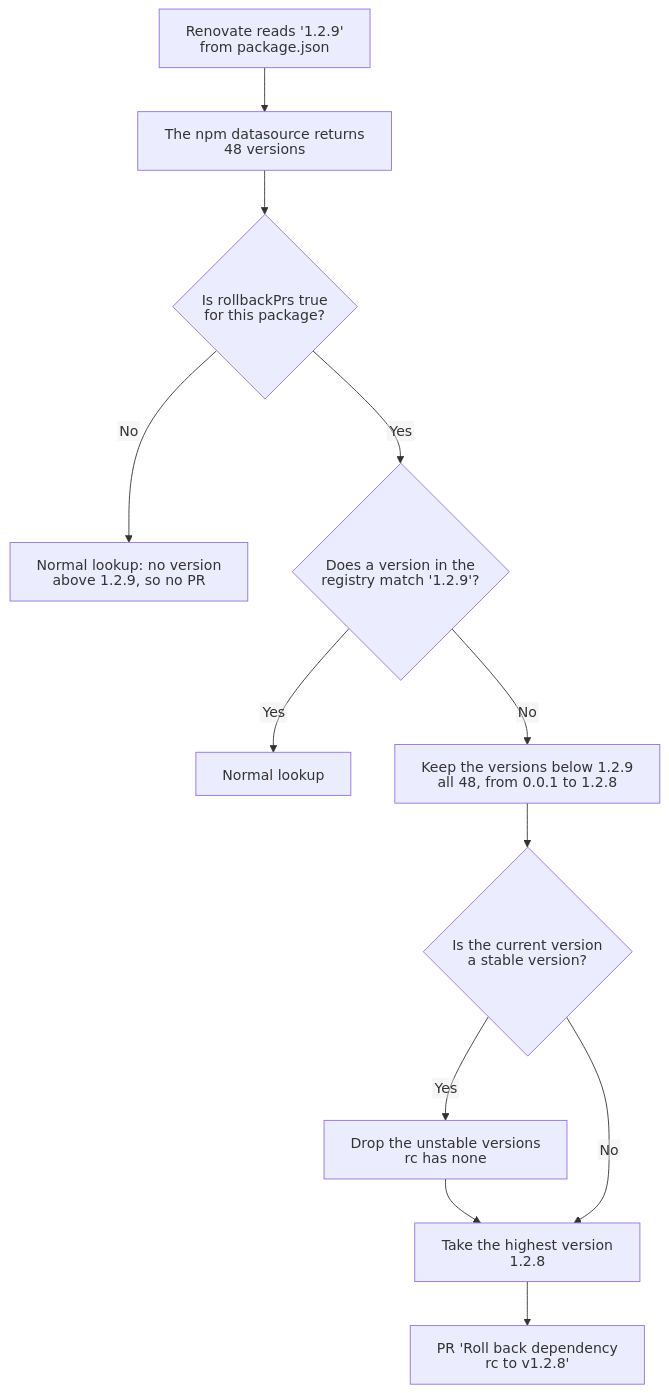
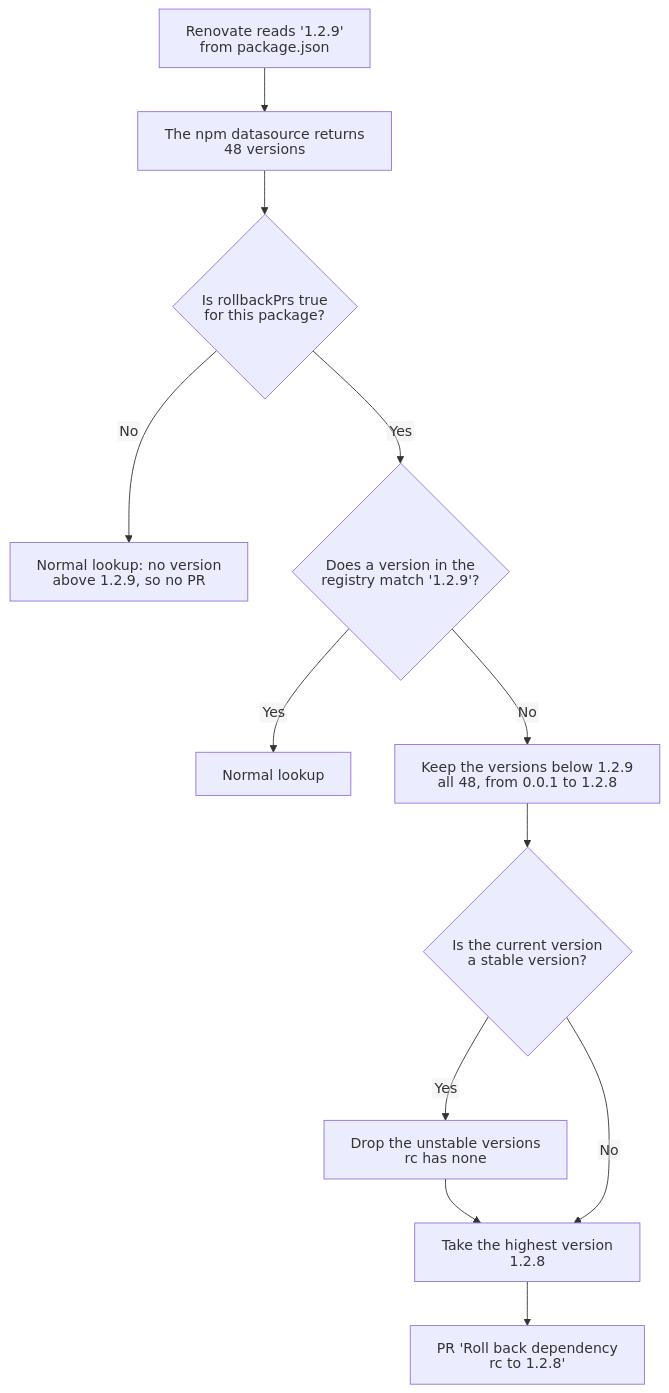
The second of 2 diagrams in features/08-rollback-prs/README.md (Susling/renovate-talk-examples), drawn with Mermaid before and after one commit. The commit also changed other lines of this file and 5 other files, not shown here.

````diff
--- a/features/08-rollback-prs/README.md
+++ b/features/08-rollback-prs/README.md
@@ -43,23 +43,23 @@
 ```mermaid
 %%{init: {"htmlLabels": false, "flowchart": {"htmlLabels": false, "wrappingWidth": 400}}}%%
 flowchart TD
     A["Renovate reads '1.2.9'<br/>from package.json"]
     B["The npm datasource returns<br/>48 versions"]
     C{"Is rollbackPrs true<br/>for this package?"}
     D["Normal lookup: no version<br/>above 1.2.9, so no PR"]
     E{"Does a version in the<br/>registry match '1.2.9'?"}
     F["Normal lookup"]
     G["Keep the versions below 1.2.9<br/>all 48, from 0.0.1 to 1.2.8"]
     H{"Is the current version<br/>a stable version?"}
     I["Drop the unstable versions<br/>rc has none"]
     J["Take the highest version<br/>1.2.8"]
-    K["PR 'Roll back dependency<br/>rc to v1.2.8'"]
+    K["PR 'Roll back dependency<br/>rc to 1.2.8'"]
     A --> B --> C
     C -->|No| D
     C -->|Yes| E
     E -->|Yes| F
     E -->|No| G --> H
     H -->|Yes| I --> J
     H -->|No| J
     J --> K
 ```
````
